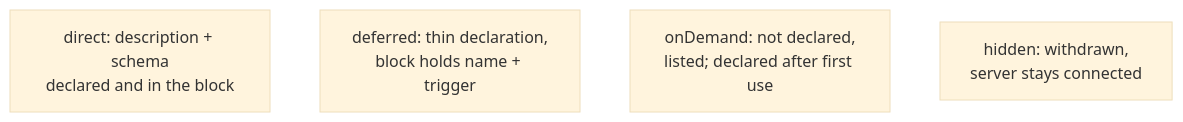
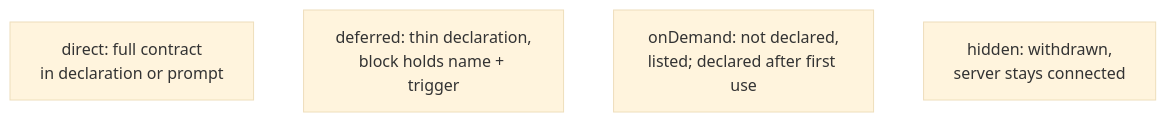
One commit to bgauryy/octocode-coding-agent changed the fourth of 4 diagrams in packages/coding-agent/docs/mcp-reference.md. Above: the diagram before and after it, drawn with Mermaid (base theme). The commit also changed other lines of this file and 321 other files, not shown here.

````diff
--- a/packages/coding-agent/docs/mcp-reference.md
+++ b/packages/coding-agent/docs/mcp-reference.md
@@ -132,4 +132,4 @@
 ```mermaid
 flowchart LR
-    D["direct: description + schema<br/>declared and in the block"] ~~~ F["deferred: thin declaration,<br/>block holds name + trigger"] ~~~ O["onDemand: not declared,<br/>listed; declared after first use"] ~~~ H["hidden: withdrawn,<br/>server stays connected"]
+    D["direct: full contract<br/>in declaration or prompt"] ~~~ F["deferred: thin declaration,<br/>block holds name + trigger"] ~~~ O["onDemand: not declared,<br/>listed; declared after first use"] ~~~ H["hidden: withdrawn,<br/>server stays connected"]
 ```
````
